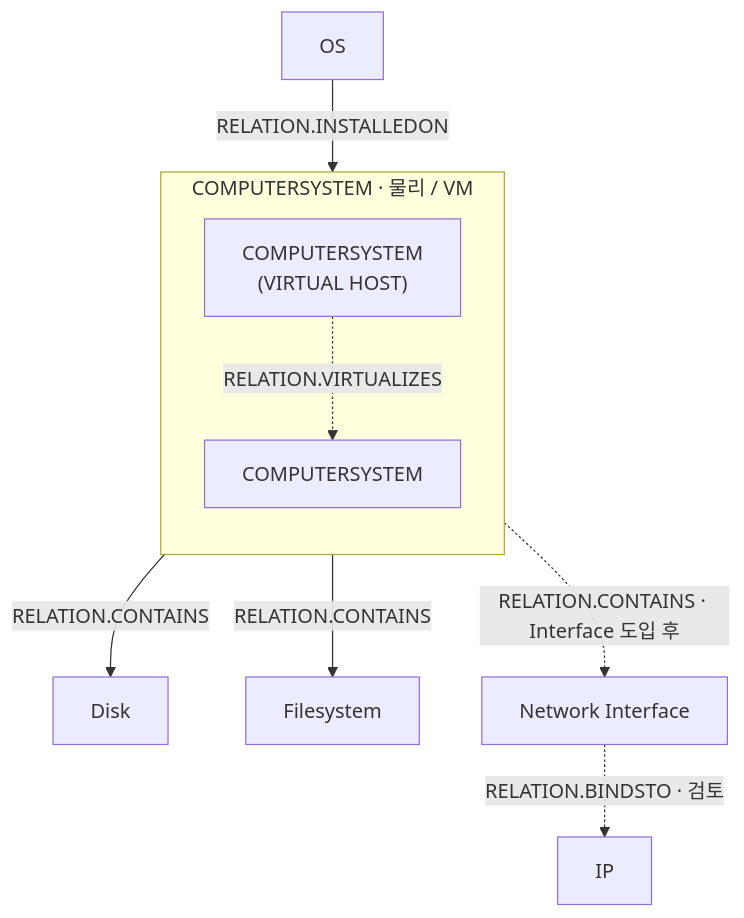
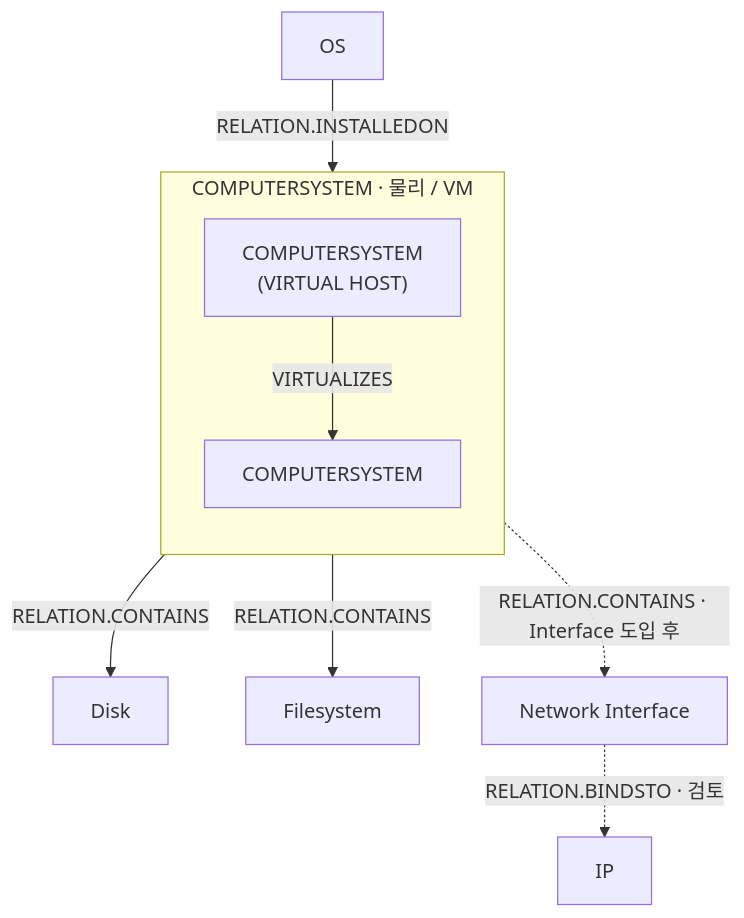
Before and after one commit to ka-MS/discovery-interface: the diagram in docs/data-analysis/design/ci/relations.md, drawn with Mermaid. The commit also changed other lines of this file and 27 other files, not shown here.

````diff
--- a/docs/data-analysis/design/ci/relations.md
+++ b/docs/data-analysis/design/ci/relations.md
@@ -27,15 +28,15 @@
 ```mermaid
 flowchart TB
   subgraph C["COMPUTERSYSTEM · 물리 / VM"]
     direction TB
     H["COMPUTERSYSTEM<br/>(VIRTUAL HOST)"]
     V["COMPUTERSYSTEM"]
-    H -.->|"RELATION.VIRTUALIZES"| V
+    H -->|"VIRTUALIZES"| V
   end
 
   O["OS"] -->|"RELATION.INSTALLEDON"| C
   C -->|"RELATION.CONTAINS"| D["Disk"]
   C -->|"RELATION.CONTAINS"| F["Filesystem"]
   C -.->|"RELATION.CONTAINS · Interface 도입 후"| N["Network Interface"]
   N -.->|"RELATION.BINDSTO · 검토"| I["IP"]
 ```
````
